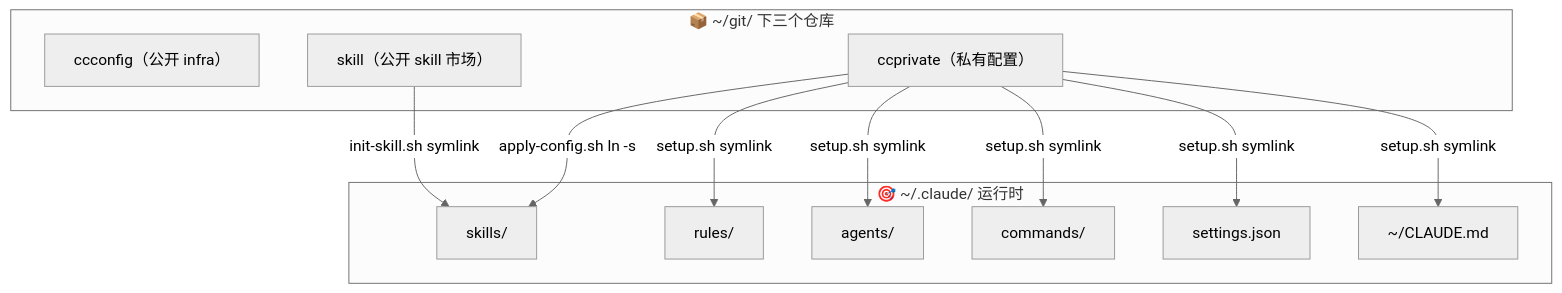
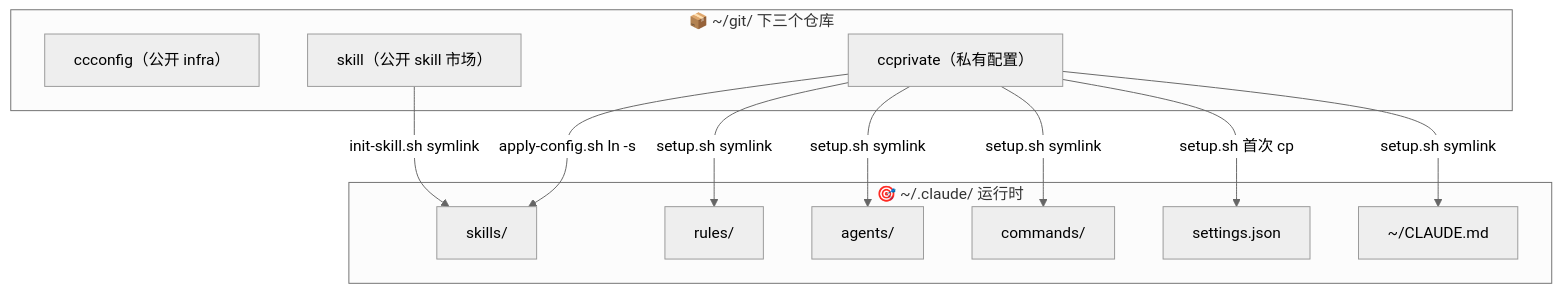
Before and after one commit to mengfanchun2017/ccconfig: the diagram in docs/architecture.md, drawn with Mermaid (neutral theme). The commit also changed other lines of this file and 10 other files, not shown here.

````diff
--- a/docs/architecture.md
+++ b/docs/architecture.md
@@ -21,25 +21,25 @@
 ```mermaid
 flowchart TB
   subgraph repos["📦 ~/git/ 下三个仓库"]
     ccconfig["ccconfig（公开 infra）"]
     skills["skill（公开 skill 市场）"]
     ccprivate["ccprivate（私有配置）"]
   end
 
   subgraph target["🎯 ~/.claude/ 运行时"]
     skills_dir["skills/"]
     rules_dir["rules/"]
     agents_dir["agents/"]
     commands_dir["commands/"]
     settings["settings.json"]
     claude_md["~/CLAUDE.md"]
   end
 
   skills -- "init-skill.sh symlink" --> skills_dir
   ccprivate -- "apply-config.sh ln -s" --> skills_dir
   ccprivate -- "setup.sh symlink" --> rules_dir
   ccprivate -- "setup.sh symlink" --> agents_dir
   ccprivate -- "setup.sh symlink" --> commands_dir
-  ccprivate -- "setup.sh symlink" --> settings
+  ccprivate -- "setup.sh 首次 cp" --> settings
   ccprivate -- "setup.sh symlink" --> claude_md
 ```
````
